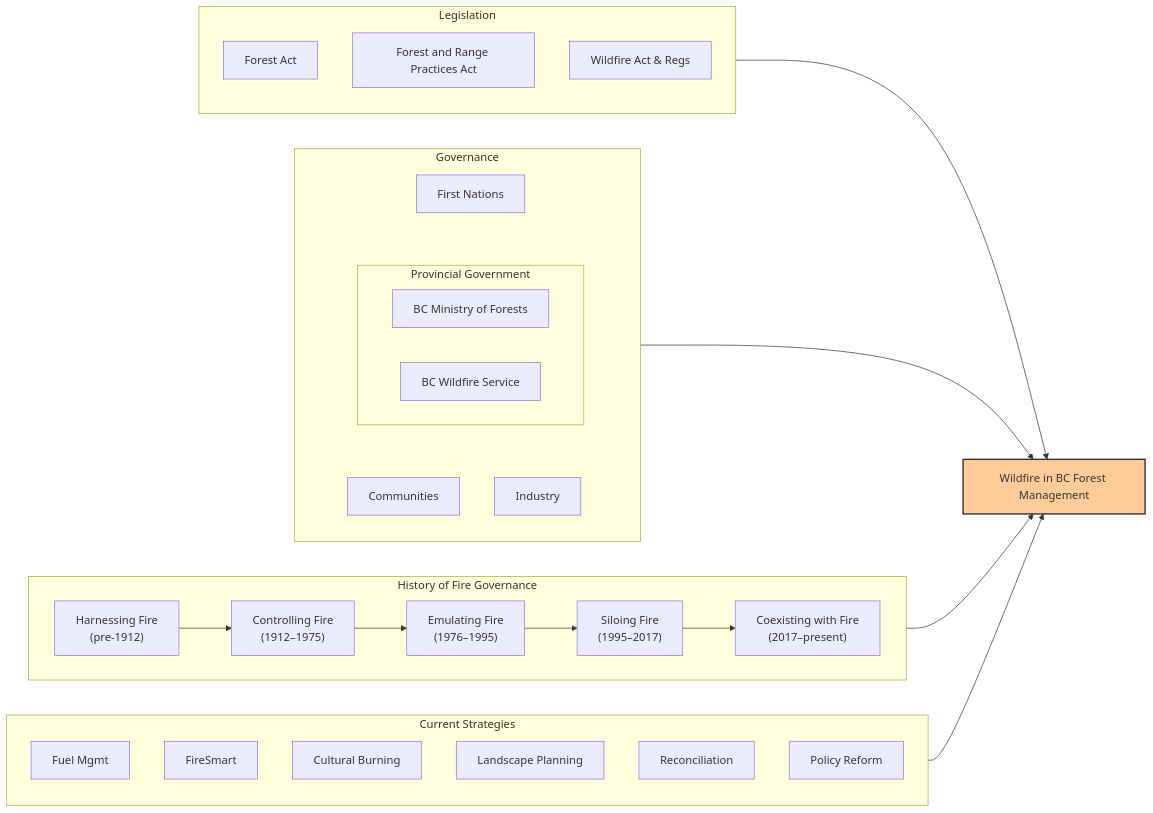
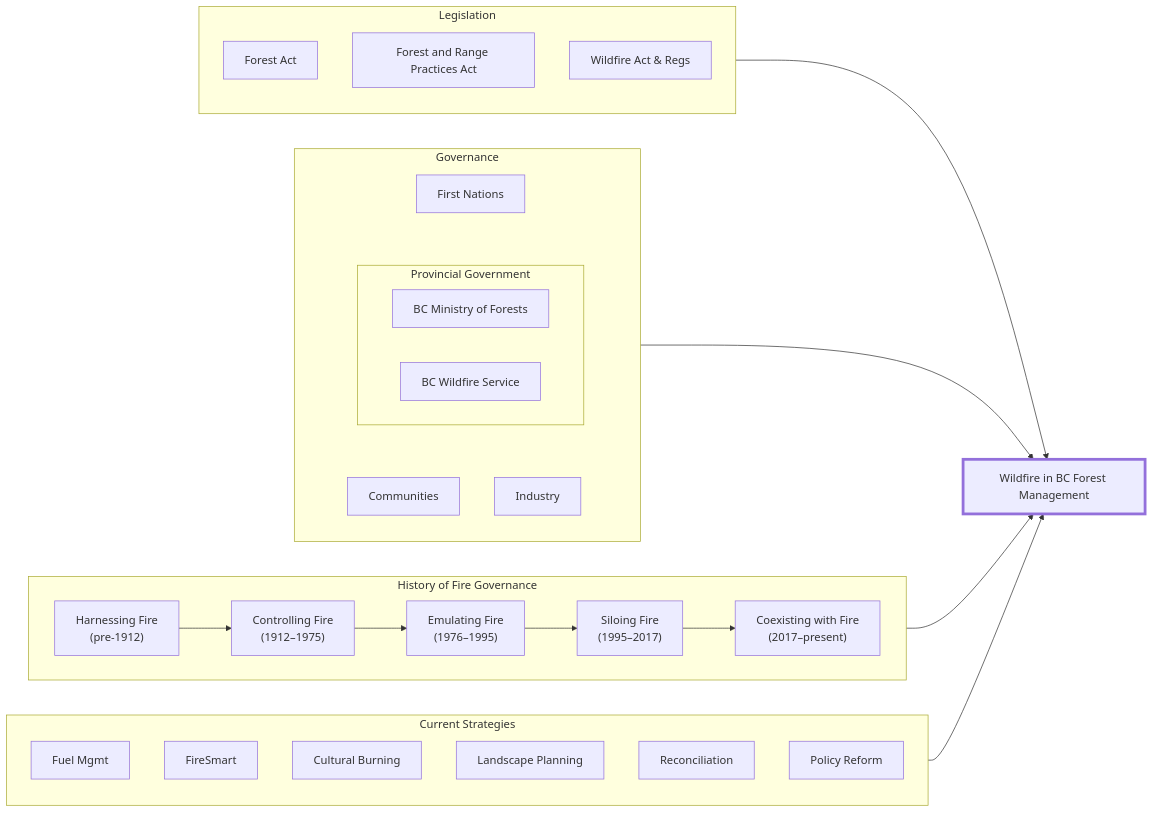
The diagram in markdown/fire-and-forest-management-in-bc.md (UBC-FRESH/frst521), drawn with Mermaid before and after one commit. The commit also changed 5 other files, not shown here.

Commit message:
finalized documents and rendered to pdf with a vscode extension. makefile still not totall rendering svg mermaid figures using pandoc but we can get that working later

````diff
--- a/markdown/fire-and-forest-management-in-bc.md
+++ b/markdown/fire-and-forest-management-in-bc.md
@@ -46,55 +46,55 @@
 ```mermaid
 graph LR
     A[Wildfire in BC Forest Management]:::center
 
     subgraph Legislation
         L1[Forest Act]
         L2[Forest and Range Practices Act]
         L3[Wildfire Act & Regs]
     end
 
     subgraph Governance
         direction TB
         G1[First Nations]
         subgraph PG[Provincial Government]
             G2[BC Ministry of Forests]        
             G3[BC Wildfire Service]
         end
         G4[Communities]
         G5[Industry]
         G1 ~~~ PG
         PG ~~~ G4
         PG ~~~ G5
     end
 
     subgraph GovernanceHistory["History of Fire Governance"]
         direction LR
         H1["Harnessing Fire 
             (pre-1912)"]
         H2["Controlling Fire
             (1912–1975)"]
         H3["Emulating Fire
             (1976–1995)"]
         H4["Siloing Fire
             (1995–2017)"]
         H5["Coexisting with Fire
             (2017–present)"]
         H1 --> H2 --> H3 --> H4 --> H5
     end
 
     subgraph Strategies["Current Strategies"]
         S1[Fuel Mgmt]
         S2[FireSmart]
         S3[Cultural Burning]
         S4[Landscape Planning]
         S5[Reconciliation]
         S6[Policy Reform]
     end
 
     Legislation --> A
     Governance --> A
     GovernanceHistory --> A
     Strategies --> A
 
-    classDef center fill:#ffcc99,stroke:#333,stroke-width:2px;
+    classDef center stroke:#11,stroke-width:4px;
 ```
````
